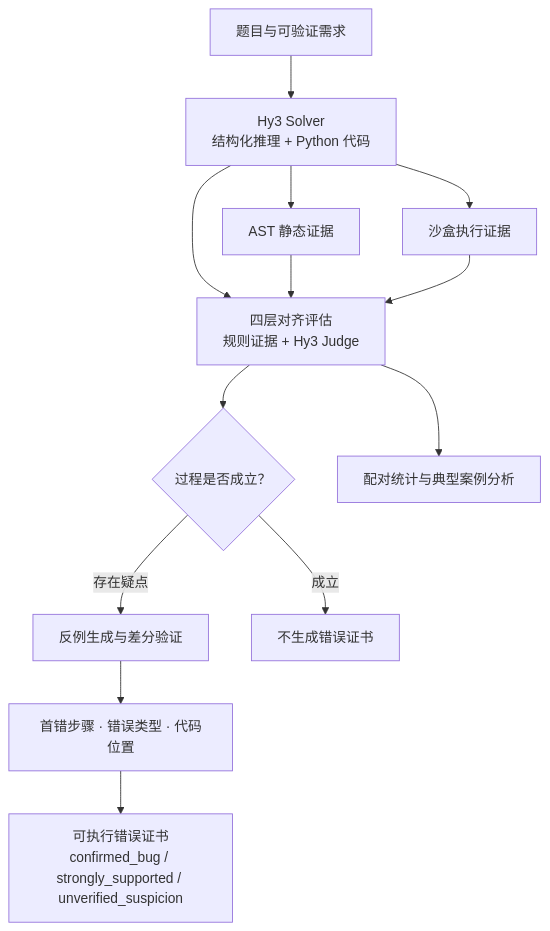
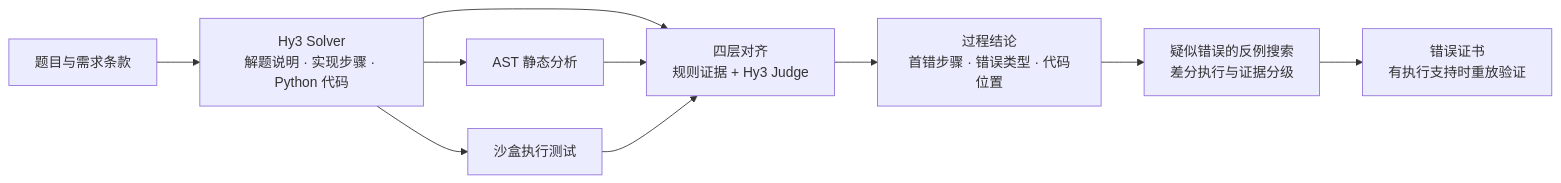
One commit to Even1115/tracejudge-hy3 changed the diagram in README.md. Above: the diagram before and after it, drawn with Mermaid. The commit also changed other lines of this file and 9 other files, not shown here.

````diff
--- a/README.md
+++ b/README.md
@@ -22,15 +40,12 @@
 ```mermaid
-flowchart TB
-    A["题目与可验证需求"] --> B["Hy3 Solver<br/>结构化推理 + Python 代码"]
-    B --> C["四层对齐评估<br/>规则证据 + Hy3 Judge"]
-    B --> D["AST 静态证据"]
-    B --> E["沙盒执行证据"]
-    D --> C
-    E --> C
-    C --> F{"过程是否成立？"}
-    F -->|存在疑点| G["反例生成与差分验证"]
-    G --> H["首错步骤 · 错误类型 · 代码位置"]
-    H --> I["可执行错误证书<br/>confirmed_bug / strongly_supported / unverified_suspicion"]
-    F -->|成立| J["不生成错误证书"]
-    C --> K["配对统计与典型案例分析"]
+flowchart LR
+    A["题目与需求条款"] --> B["Hy3 Solver<br/>解题说明 · 实现步骤 · Python 代码"]
+    B --> C["AST 静态分析"]
+    B --> D["沙盒执行测试"]
+    B --> E["四层对齐<br/>规则证据 + Hy3 Judge"]
+    C --> E
+    D --> E
+    E --> F["过程结论<br/>首错步骤 · 错误类型 · 代码位置"]
+    F --> G["疑似错误的反例搜索<br/>差分执行与证据分级"]
+    G --> H["错误证书<br/>有执行支持时重放验证"]
 ```
````
